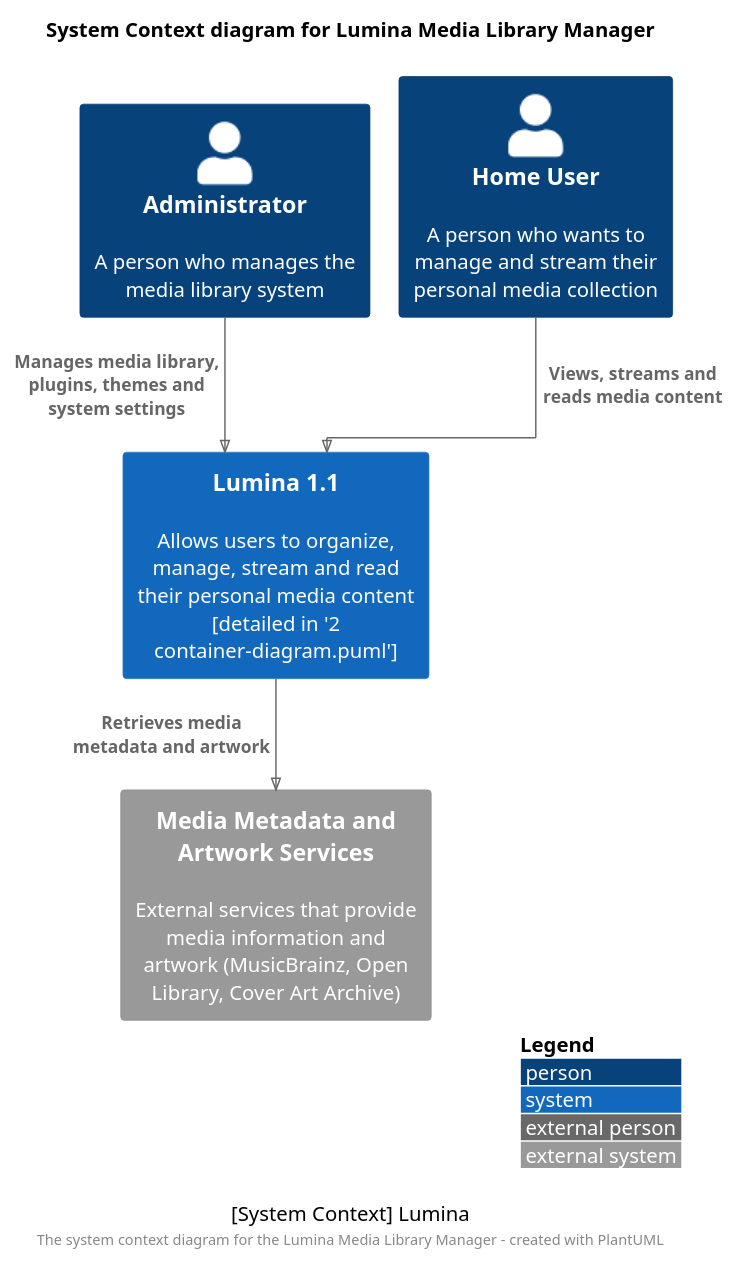
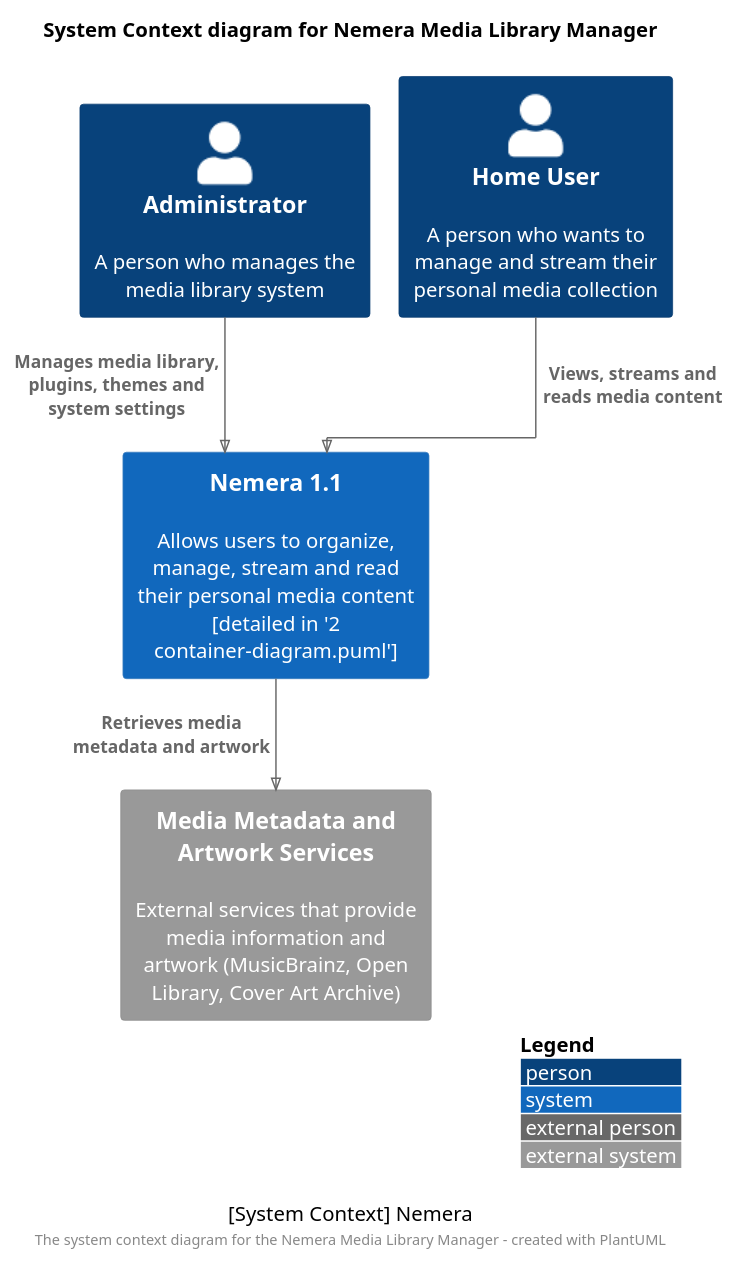
Before and after one commit to BinaryAlley/Lumina: the diagram in docs/technical/architecture/1 system-context-diagram.puml, drawn with PlantUML. The commit also changed 6126 other files, not shown here.

Commit message:
Renames project content from Lumina to Nemera

```diff
--- a/docs/technical/architecture/1 system-context-diagram.puml
+++ b/docs/technical/architecture/1 system-context-diagram.puml
@@ -1,23 +1,23 @@
-@startuml Lumina System Context Diagram
+@startuml Nemera System Context Diagram
 !pragma layout elk
 !include <C4/C4_Context>
 
 LAYOUT_WITH_LEGEND()
-title System Context diagram for Lumina Media Library Manager
+title System Context diagram for Nemera Media Library Manager
 
 Person(user, "Home User", "A person who wants to manage and stream their personal media collection")
 Person(admin, "Administrator", "A person who manages the media library system")
 
-System(lumina, "Lumina 1.1", "Allows users to organize, manage, stream and read their personal media content [detailed in '2 container-diagram.puml']")
+System(nemera, "Nemera 1.1", "Allows users to organize, manage, stream and read their personal media content [detailed in '2 container-diagram.puml']")
 
 System_Ext(metadataProvider, "Media Metadata and Artwork Services", "External services that provide media information and artwork (MusicBrainz, Open Library, Cover Art Archive)")
 
-Rel(user, lumina, "Views, streams and reads media content")
-Rel(admin, lumina, "Manages media library, plugins, themes and system settings")
-Rel(lumina, metadataProvider, "Retrieves media metadata and artwork")
+Rel(user, nemera, "Views, streams and reads media content")
+Rel(admin, nemera, "Manages media library, plugins, themes and system settings")
+Rel(nemera, metadataProvider, "Retrieves media metadata and artwork")
 
-caption [System Context] Lumina
+caption [System Context] Nemera
 
-footer The system context diagram for the Lumina Media Library Manager - created with PlantUML
+footer The system context diagram for the Nemera Media Library Manager - created with PlantUML
 
 @enduml
```
